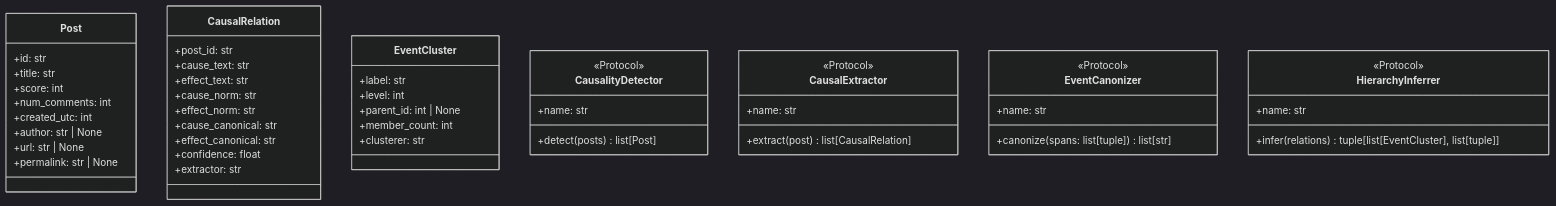
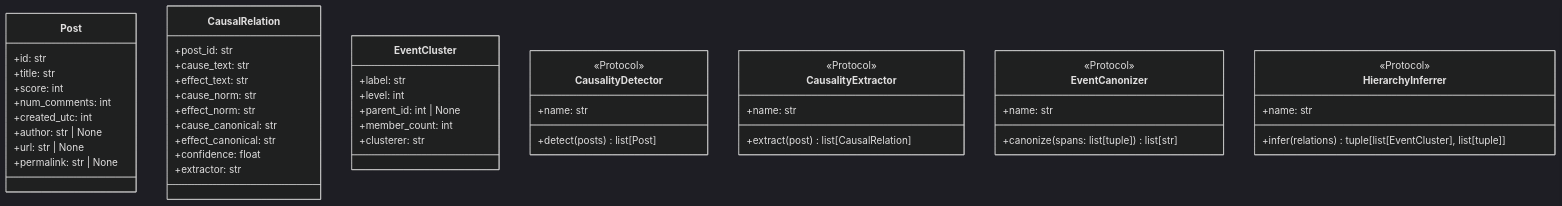
The diagram in docs/extending.md (TheMrSheldon/causalgraph), drawn with Mermaid (dark theme) before and after one commit. The commit also changed 19 other files, not shown here.

````diff
--- a/docs/extending.md
+++ b/docs/extending.md
@@ -80,57 +80,57 @@
 ```mermaid
 classDiagram
     class Post {
         +id: str
         +title: str
         +score: int
         +num_comments: int
         +created_utc: int
         +author: str | None
         +url: str | None
         +permalink: str | None
     }
 
     class CausalRelation {
         +post_id: str
         +cause_text: str
         +effect_text: str
         +cause_norm: str
         +effect_norm: str
         +cause_canonical: str
         +effect_canonical: str
         +confidence: float
         +extractor: str
     }
 
     class EventCluster {
         +label: str
         +level: int
         +parent_id: int | None
         +member_count: int
         +clusterer: str
     }
 
     class CausalityDetector {
         <<Protocol>>
         +detect(posts) list[Post]
         +name: str
     }
 
-    class CausalExtractor {
+    class CausalityExtractor {
         <<Protocol>>
         +extract(post) list[CausalRelation]
         +name: str
     }
 
     class EventCanonizer {
         <<Protocol>>
         +canonize(spans: list[tuple]) list[str]
         +name: str
     }
 
     class HierarchyInferrer {
         <<Protocol>>
         +infer(relations) tuple[list[EventCluster], list[tuple]]
         +name: str
     }
 ```
````
